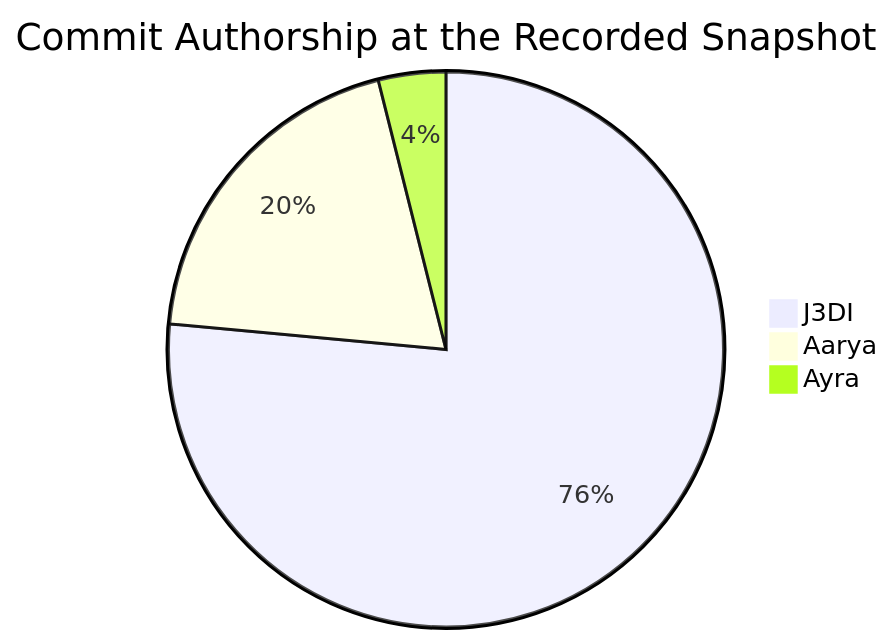
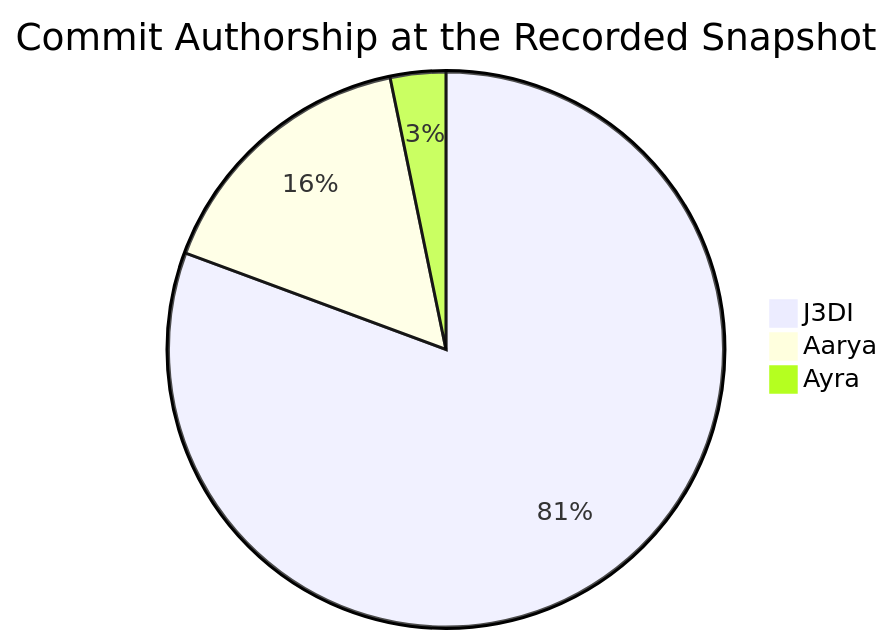
The diagram in docs/Contributions.md (J3DI-19/Sentinel), drawn with Mermaid before and after one commit. The commit also changed other lines of this file and 2 other files, not shown here.

````diff
--- a/docs/Contributions.md
+++ b/docs/Contributions.md
@@ -12,6 +12,6 @@
 ```mermaid
 pie title Commit Authorship at the Recorded Snapshot
-    "J3DI" : 39
+    "J3DI" : 50
     "Aarya" : 10
     "Ayra" : 2
 ```
````
